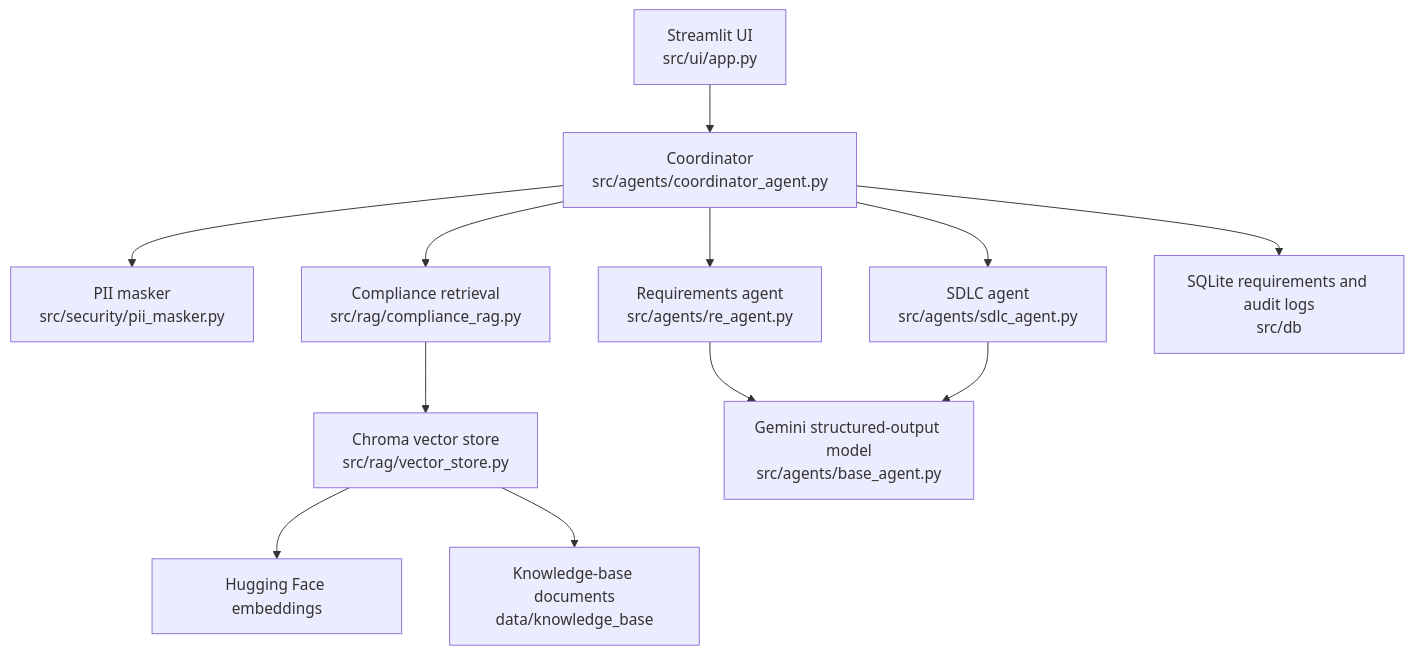
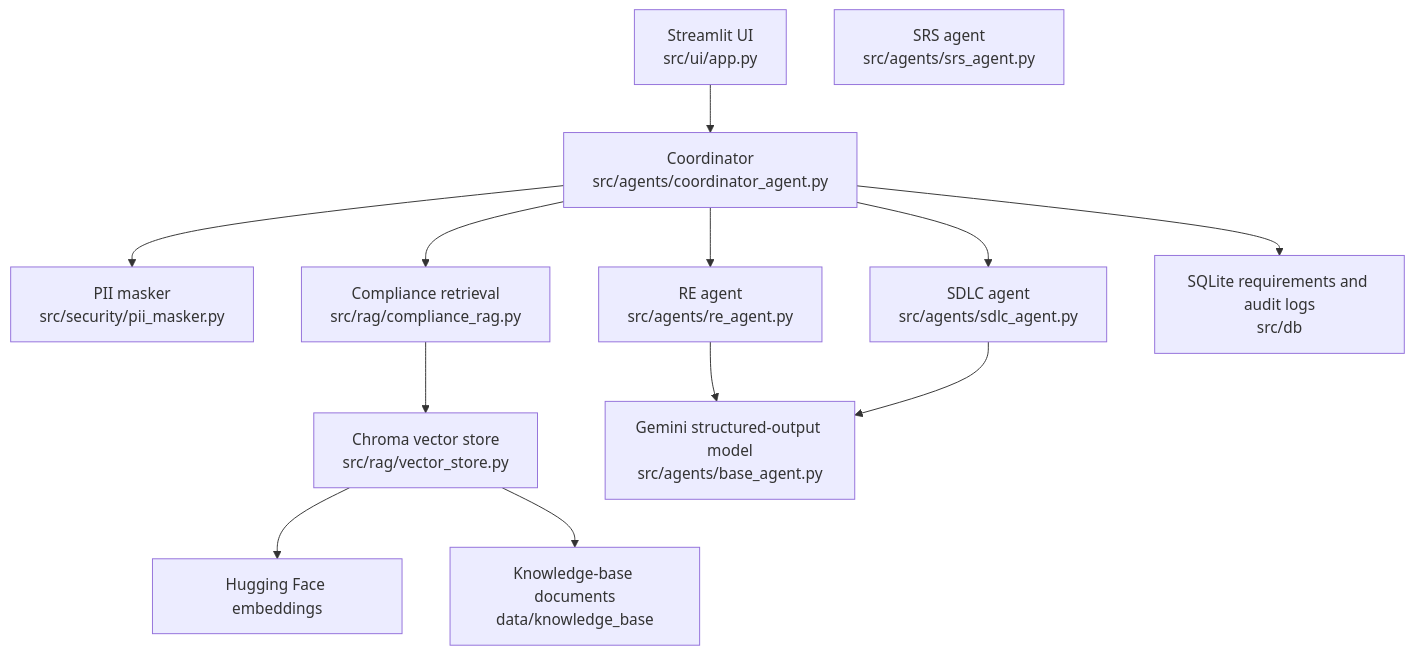
Before and after one commit to AdityaGayan/Fintech_AgenticAI: the second of 2 diagrams in README.md, drawn with Mermaid. The commit also changed other lines of this file and 14 other files, not shown here.

````diff
--- a/README.md
+++ b/README.md
@@ -46,26 +46,27 @@
 ```mermaid
 flowchart TB
     UI[Streamlit UI\nsrc/ui/app.py]
     Coordinator[Coordinator\nsrc/agents/coordinator_agent.py]
     Security[PII masker\nsrc/security/pii_masker.py]
     RAG[Compliance retrieval\nsrc/rag/compliance_rag.py]
     Vector[Chroma vector store\nsrc/rag/vector_store.py]
     Embeddings[Hugging Face embeddings]
-    RE[Requirements agent\nsrc/agents/re_agent.py]
+RE[RE agent\nsrc/agents/re_agent.py]
+SRS[SRS agent\nsrc/agents/srs_agent.py]
     SDLC[SDLC agent\nsrc/agents/sdlc_agent.py]
     LLM[Gemini structured-output model\nsrc/agents/base_agent.py]
     DB[SQLite requirements and audit logs\nsrc/db]
     KB[Knowledge-base documents\ndata/knowledge_base]
 
     UI --> Coordinator
     Coordinator --> Security
     Coordinator --> RAG
     RAG --> Vector
     Vector --> Embeddings
     Vector --> KB
     Coordinator --> RE
     RE --> LLM
     Coordinator --> SDLC
     SDLC --> LLM
     Coordinator --> DB
 ```
````
